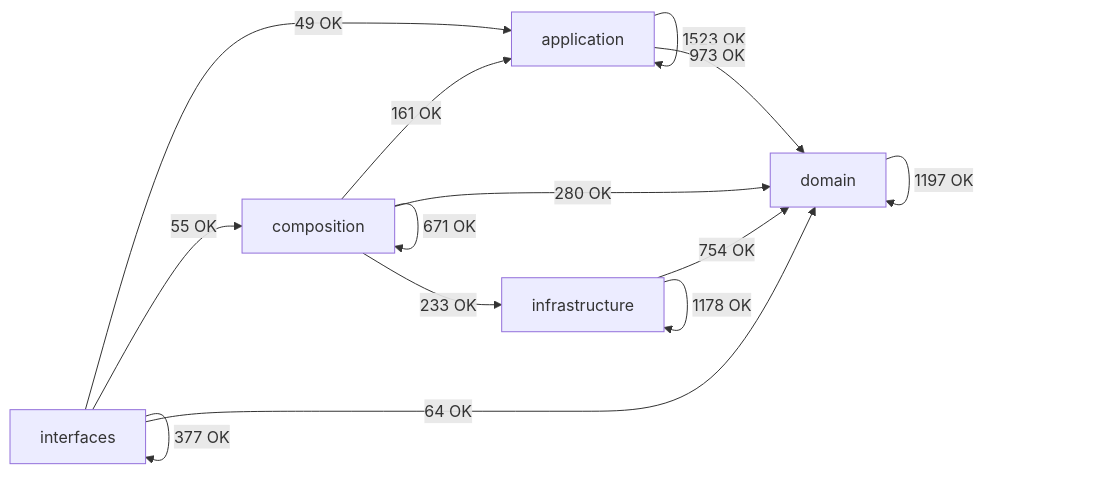
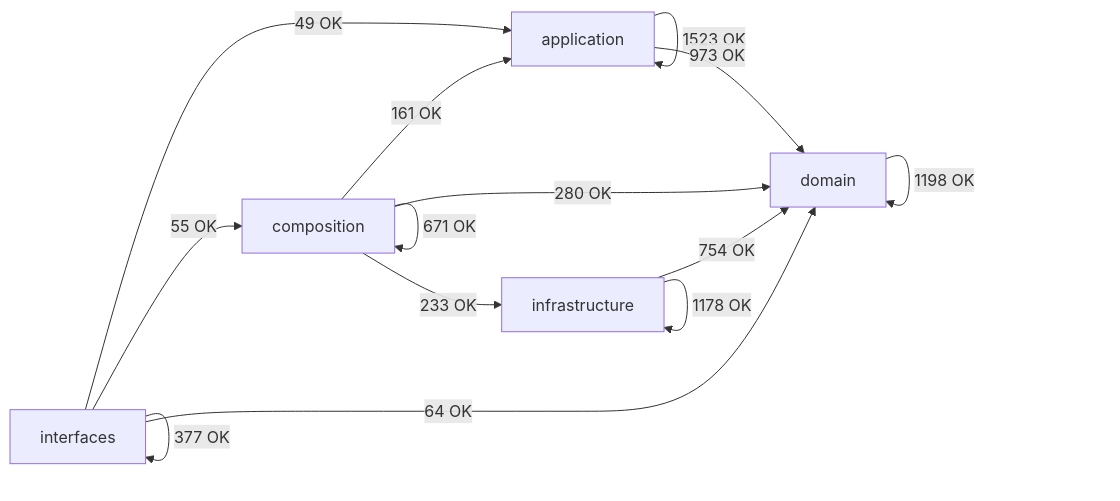
The diagram in docs/02-architecture/generated/module-dependency-map.md (SatoryKono/BioactivityDataAcquisition), drawn with Mermaid before and after one commit. The commit also changed other lines of this file and 6 other files, not shown here.

````diff
--- a/docs/02-architecture/generated/module-dependency-map.md
+++ b/docs/02-architecture/generated/module-dependency-map.md
@@ -17,21 +17,21 @@
 ```mermaid
 flowchart LR
     domain[domain]
     application[application]
     infrastructure[infrastructure]
     composition[composition]
     interfaces[interfaces]
     application -->|1523 OK| application
     application -->|973 OK| domain
     composition -->|161 OK| application
     composition -->|671 OK| composition
     composition -->|280 OK| domain
     composition -->|233 OK| infrastructure
-    domain -->|1197 OK| domain
+    domain -->|1198 OK| domain
     infrastructure -->|754 OK| domain
     infrastructure -->|1178 OK| infrastructure
     interfaces -->|49 OK| application
     interfaces -->|55 OK| composition
     interfaces -->|64 OK| domain
     interfaces -->|377 OK| interfaces
 ```
````
